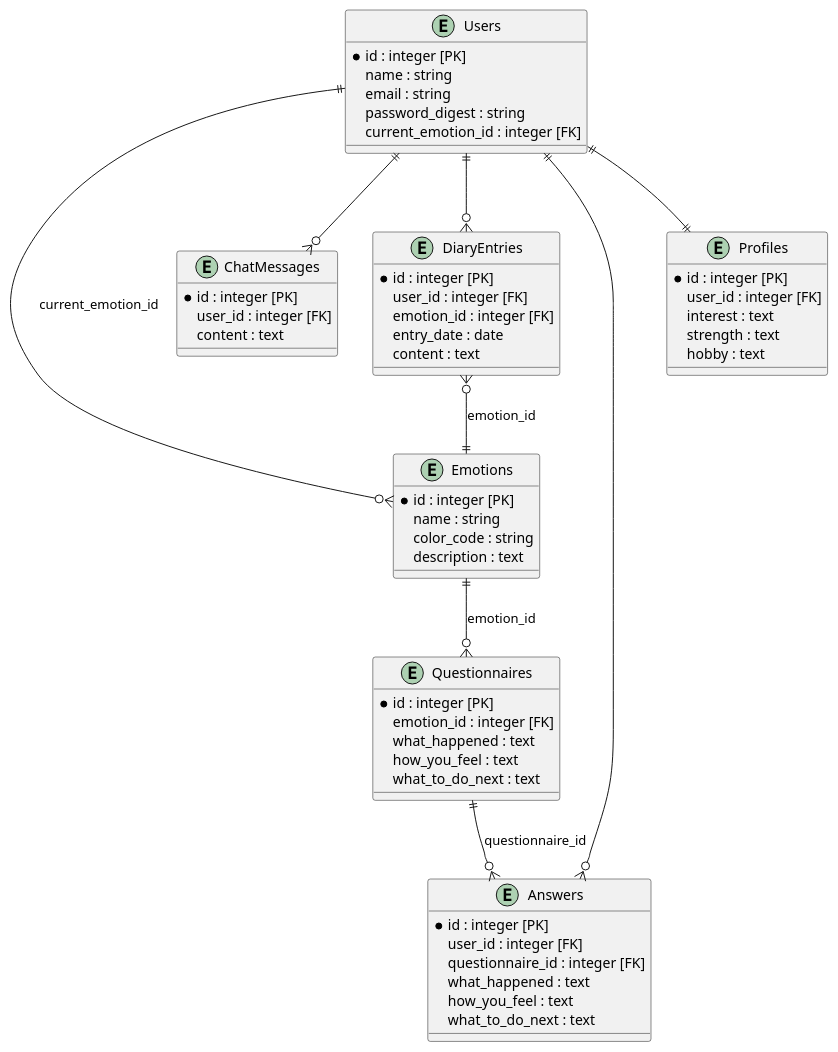
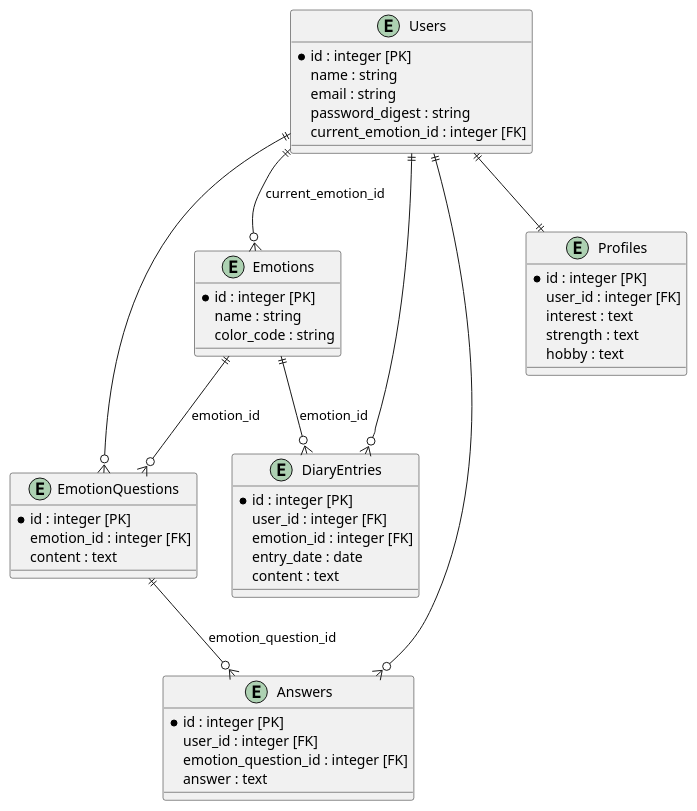
One commit to MarikoInada/portfolio changed the diagram in PlantUML/er_diagram.pu. Above: the diagram before and after it, drawn with PlantUML. The commit also changed 3 other files, not shown here.

Commit message:
fix erdiagram

```diff
--- a/PlantUML/er_diagram.pu
+++ b/PlantUML/er_diagram.pu
@@ -1,67 +1,56 @@
 @startuml erdiagram
 
 entity "Users" as users {
   *id : integer [PK]
   name : string
   email : string
   password_digest : string
   current_emotion_id : integer [FK]
 }
 
 entity "Emotions" as emotions {
   *id : integer [PK]
   name : string
   color_code : string
-  description : text
 }
 
-entity "ChatMessages" as chat_messages {
-  *id : integer [PK]
-  user_id : integer [FK]
-  content : text
-}
-
-entity "Questionnaires" as questionnaires {
+entity "EmotionQuestions" as emotion_questions {
   *id : integer [PK]
   emotion_id : integer [FK]
-  what_happened : text
-  how_you_feel : text
-  what_to_do_next : text
+  content : text
 }
 
 entity "Answers" as answers {
   *id : integer [PK]
   user_id : integer [FK]
-  questionnaire_id : integer [FK]
-  what_happened : text
-  how_you_feel : text
-  what_to_do_next : text
+  emotion_question_id : integer [FK]
+  answer : text
 }
 
 entity "DiaryEntries" as diary_entries {
   *id : integer [PK]
   user_id : integer [FK]
   emotion_id : integer [FK]
   entry_date : date
   content : text
 }
 
 entity "Profiles" as profiles {
   *id : integer [PK]
   user_id : integer [FK]
   interest : text
   strength : text
   hobby : text
 }
 
 users ||--o{ emotions : "current_emotion_id"
-users ||--o{ chat_messages : ""
+users ||--o{ emotion_questions : ""
 users ||--o{ answers : ""
 users ||--o{ diary_entries : ""
 users ||--|| profiles : ""
 
-emotions ||--o{ questionnaires : "emotion_id"
-questionnaires ||--o{ answers : "questionnaire_id"
-diary_entries }o--|| emotions : "emotion_id"
+emotions ||--o{ emotion_questions : "emotion_id"
+emotions ||--o{ diary_entries : "emotion_id"
+emotion_questions ||--o{ answers : "emotion_question_id"
 
 @enduml
```
